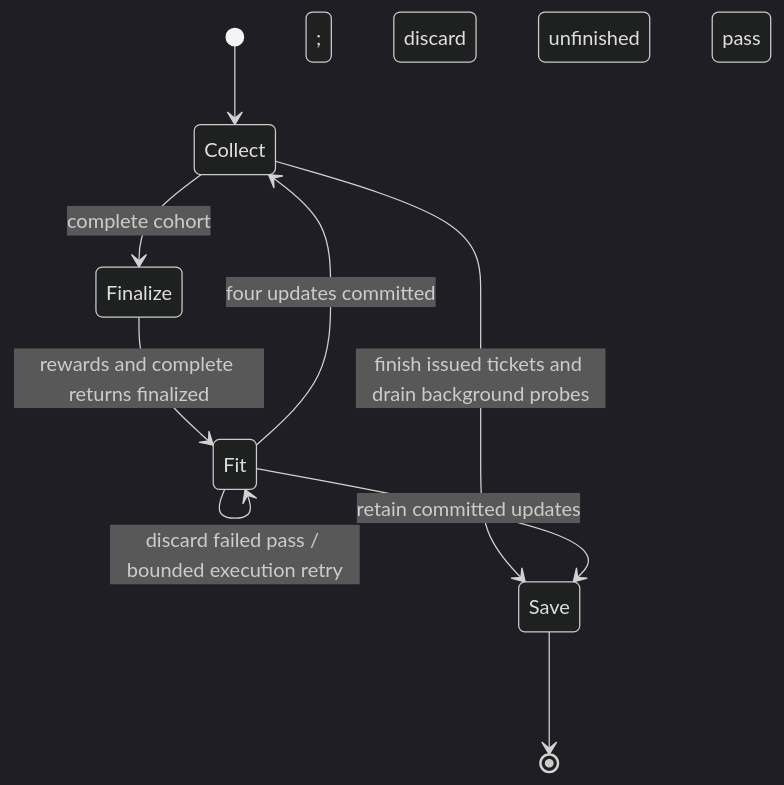
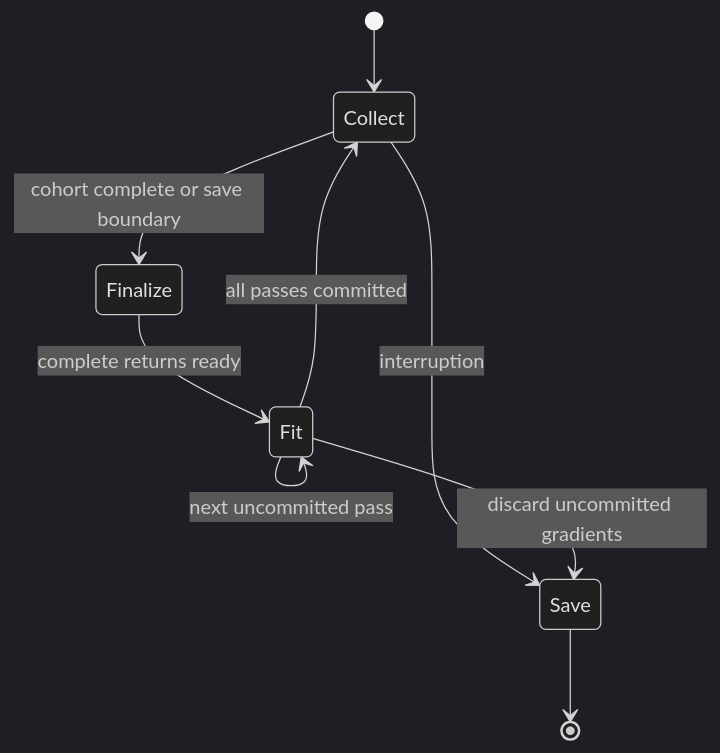
One commit to Comb1e/RL-Pvz changed the third of 3 diagrams in docs/architecture.md. Above: the diagram before and after it, drawn with Mermaid (dark theme). The commit also changed other lines of this file and 109 other files, not shown here.

````diff
--- a/docs/architecture.md
+++ b/docs/architecture.md
@@ -163,12 +100,11 @@
 ```mermaid
 stateDiagram-v2
     [*] --> Collect
-    Collect --> Finalize: complete cohort
-    Finalize --> Fit: rewards and complete returns finalized
-    Fit --> Fit: next whole-cohort pass
-    Fit --> Fit: discard failed pass / bounded execution retry
-    Fit --> Collect: four updates committed
-    Collect --> Save: finish issued tickets and drain background probes
-    Fit --> Save: retain committed updates; discard unfinished pass
+    Collect --> Finalize: cohort complete or save boundary
+    Finalize --> Fit: complete returns ready
+    Fit --> Fit: next uncommitted pass
+    Fit --> Collect: all passes committed
+    Collect --> Save: interruption
+    Fit --> Save: discard uncommitted gradients
     Save --> [*]
 ```
````
